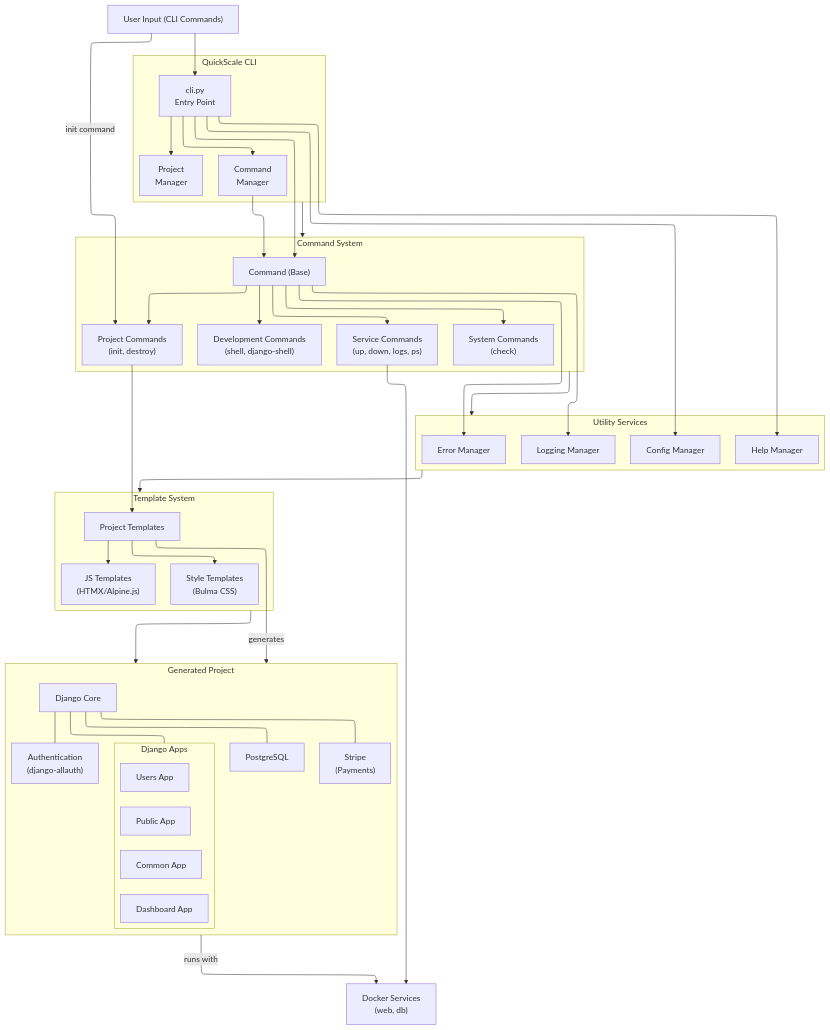
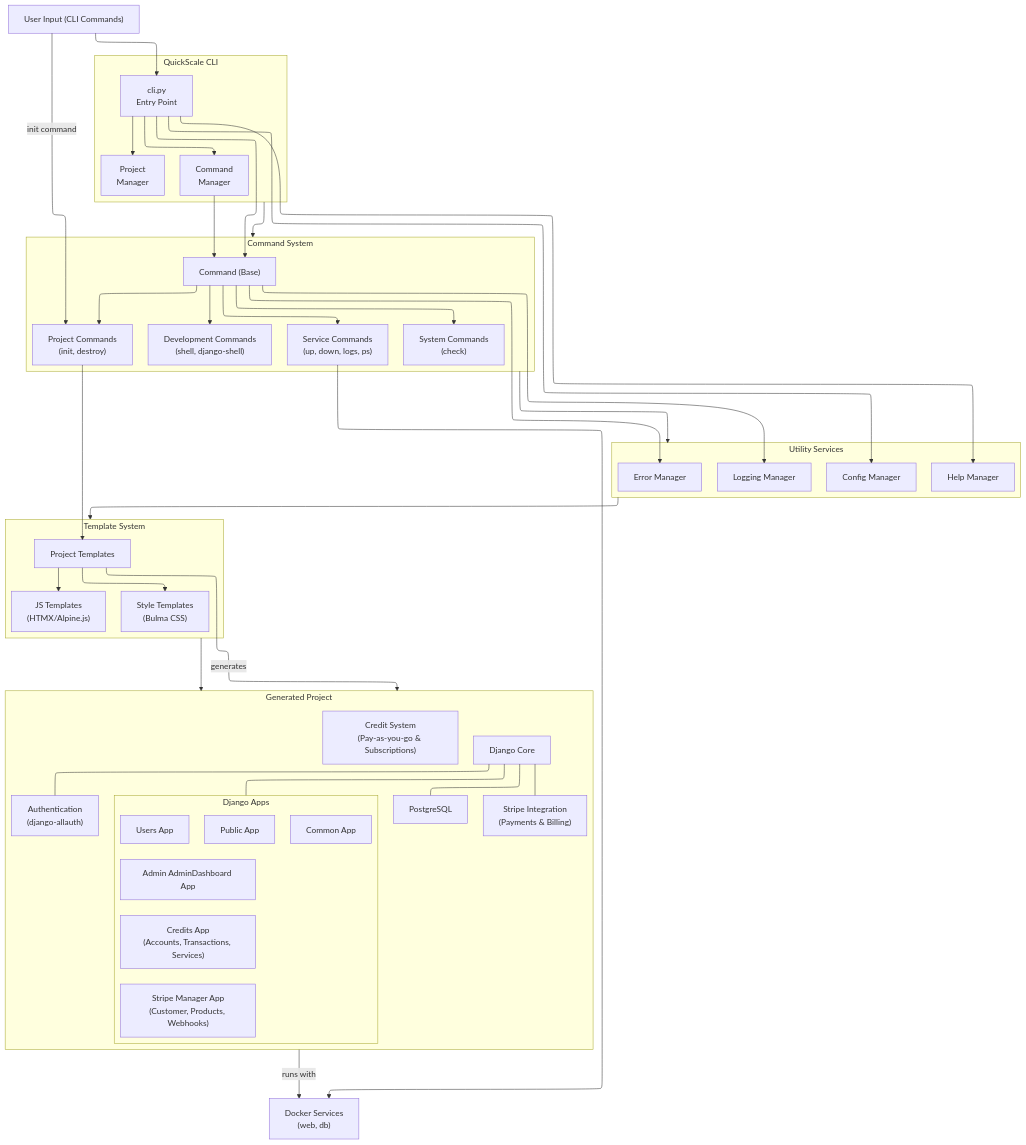
The first of 7 diagrams in TECHNICAL_DOCS.md (Experto-AI/quickscale), drawn with Mermaid before and after one commit. The commit also changed other lines of this file and 53 other files, not shown here.

````diff
--- a/TECHNICAL_DOCS.md
+++ b/TECHNICAL_DOCS.md
@@ -168,64 +180,67 @@
 ```mermaid
 ---
 config:
   layout: elk
 ---
 flowchart TD
  subgraph CLI["QuickScale CLI"]
     direction TB
         command_manager["Command<br>Manager"]
         cli["cli.py<br>Entry Point"]
         project_manager["Project<br>Manager"]
   end
  subgraph Commands["Command System"]
     direction TB
         command_base["Command (Base)"]
         project_commands["Project Commands<br>(init, destroy)"]
         service_commands["Service Commands<br>(up, down, logs, ps)"]
         dev_commands["Development Commands<br>(shell, django-shell)"]
         system_commands["System Commands<br>(check)"]
   end
  subgraph Utilities["Utility Services"]
     direction TB
         error_manager["Error Manager"]
         logging_manager["Logging Manager"]
         help_manager["Help Manager"]
         config_manager["Config Manager"]
   end
  subgraph Templates["Template System"]
     direction TB
         templates["Project Templates"]
         style_templates["Style Templates<br>(Bulma CSS)"]
         js_templates["JS Templates<br>(HTMX/Alpine.js)"]
   end
  subgraph Apps["Django Apps"]
     direction TB
         public_app["Public App"]
         users_app["Users App"]
-        dashboard_app["Dashboard App"]
+        admin_dashboard_app["Admin AdminDashboard App"]
         common_app["Common App"]
+        credits_app["Credits App<br>(Accounts, Transactions, Services)"]
+        stripe_app["Stripe Manager App<br>(Customer, Products, Webhooks)"]
   end
  subgraph Generated["Generated Project"]
     direction TB
         django_core["Django Core"]
         database["PostgreSQL"]
         auth["Authentication<br>(django-allauth)"]
-        stripe_manager["Stripe<br>(Payments)"]
+        stripe_manager["Stripe Integration<br>(Payments & Billing)"]
+        credit_system["Credit System<br>(Pay-as-you-go & Subscriptions)"]
         Apps
   end
     user_input["User Input (CLI Commands)"] --> cli
     cli --> command_manager & project_manager & command_base & help_manager & config_manager
     user_input -- init command --> project_commands
     command_manager --> command_base
     command_base --> project_commands & service_commands & dev_commands & system_commands & error_manager & logging_manager
     templates --> style_templates & js_templates
     project_commands --> templates
     django_core --- database & auth & stripe_manager & Apps
     templates -- generates --> Generated
     Generated -- runs with --> docker["Docker Services<br>(web, db)"]
     service_commands --> docker
     CLI --> Commands
     Commands --> Utilities
     Utilities --> Templates
     Templates --> Generated
 ```
````
